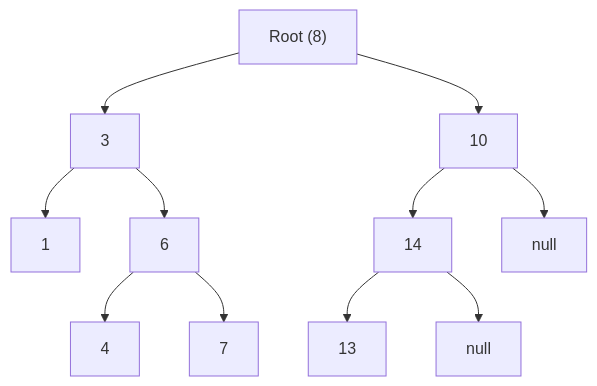
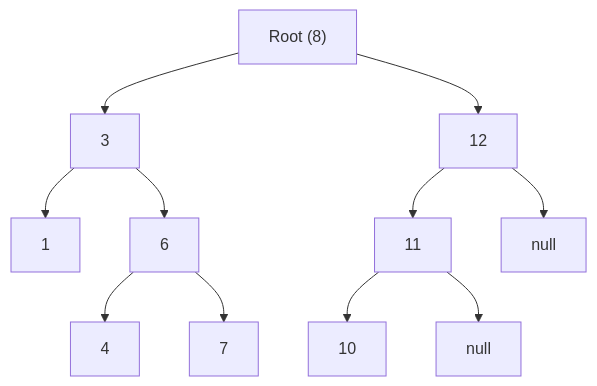
Before and after one commit to imkamaljain/engineering-interview-kit: the diagram in src/content/topics/dsa/trees/binary-search-tree.mdx, drawn with Mermaid. The commit also changed 18 other files, not shown here.

````diff
--- a/src/content/topics/dsa/trees/binary-search-tree.mdx
+++ b/src/content/topics/dsa/trees/binary-search-tree.mdx
@@ -22,17 +22,17 @@
 ```mermaid
 flowchart TD
     8["Root (8)"] --> 3["3"]
-    8 --> 10["10"]
-    
+    8 --> 12["12"]
+
     3 --> 1["1"]
     3 --> 6["6"]
     
     6 --> 4["4"]
     6 --> 7["7"]
     
-    10 --> Null["null"]
-    10 --> 14["14"]
+    12 --> Null["null"]
+    12 --> 11["11"]
     
-    14 --> 13["13"]
-    14 --> Null2["null"]
+    11 --> 10["10"]
+    11 --> Null2["null"]
 ```
````
